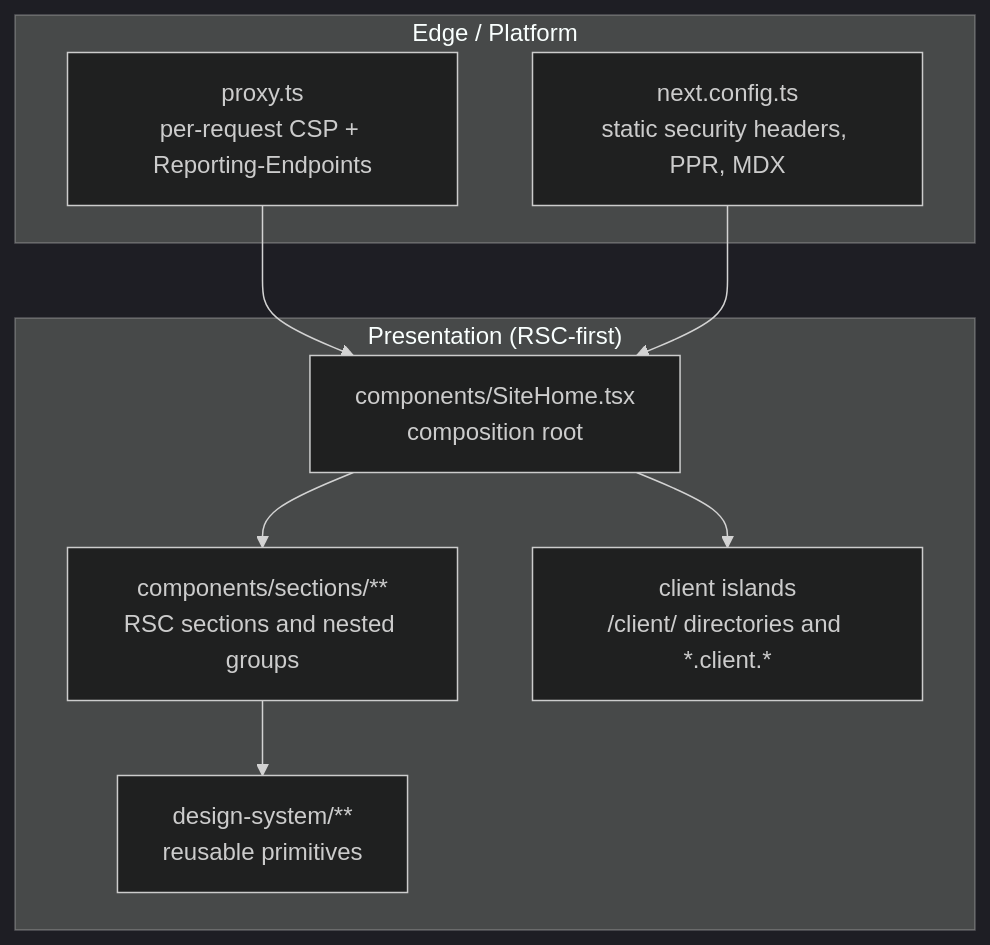
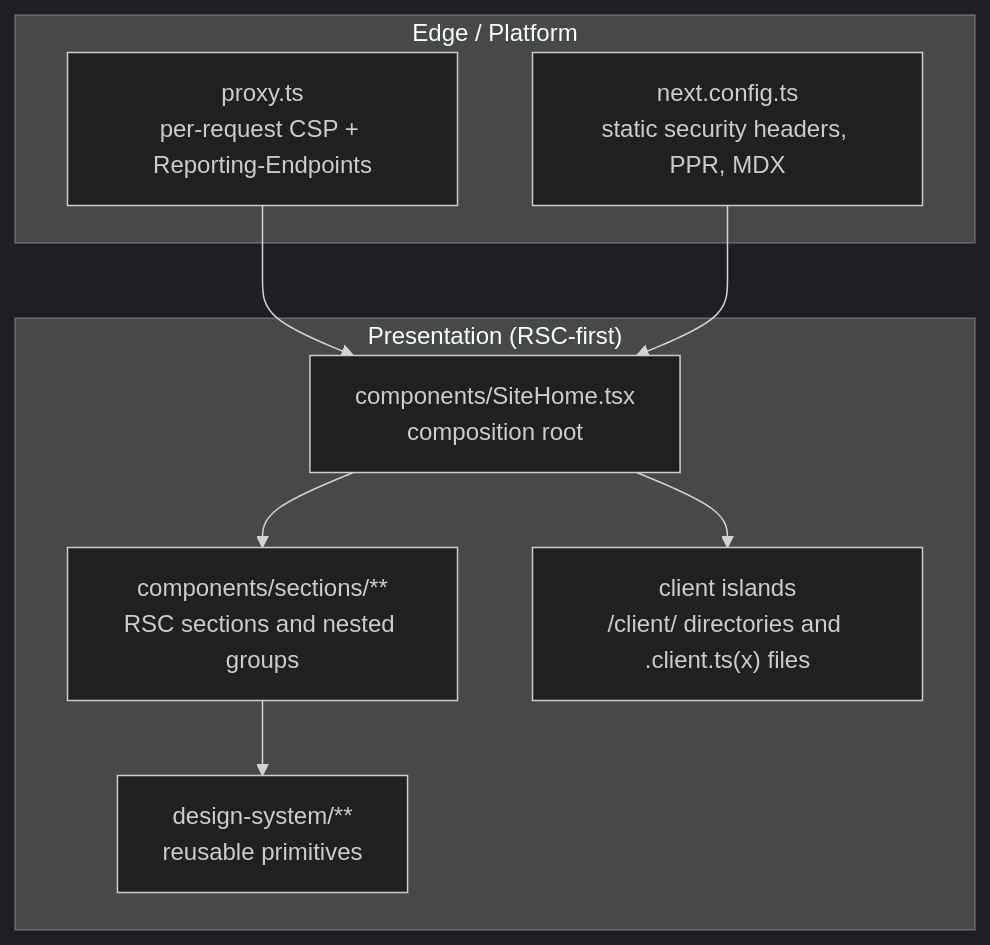
The first of 7 diagrams in docs/01-architecture.md (erikunha/portfolio), drawn with Mermaid (dark theme) before and after one commit. The commit also changed other lines of this file and 1 other file, not shown here.

First line of the commit message:
docs(diagrams): keep underscores and asterisks in diagram labels from rendering as emphasis

````diff
--- a/docs/01-architecture.md
+++ b/docs/01-architecture.md
@@ -17,17 +17,17 @@
 ```mermaid
 flowchart TB
     subgraph edge["Edge / Platform"]
         proxy["proxy.ts<br/>per-request CSP + Reporting-Endpoints"]
         cfg["next.config.ts<br/>static security headers, PPR, MDX"]
     end
     subgraph present["Presentation (RSC-first)"]
         page["components/SiteHome.tsx<br/>composition root"]
         sections["components/sections/**<br/>RSC sections and nested groups"]
-        islands["client islands<br/>/client/ directories and *.client.*"]
+        islands["client islands<br/>/client/ directories and .client.ts(x) files"]
         ds["design-system/**<br/>reusable primitives"]
     end
     proxy --> page
     cfg --> page
     page --> sections --> ds
     page --> islands
 ```
````
